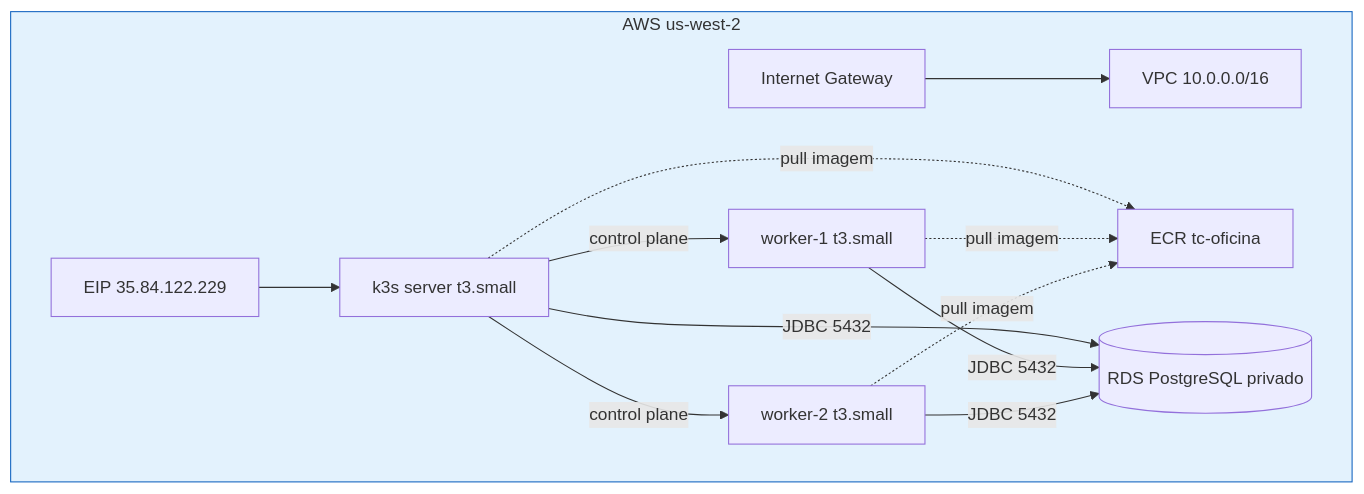
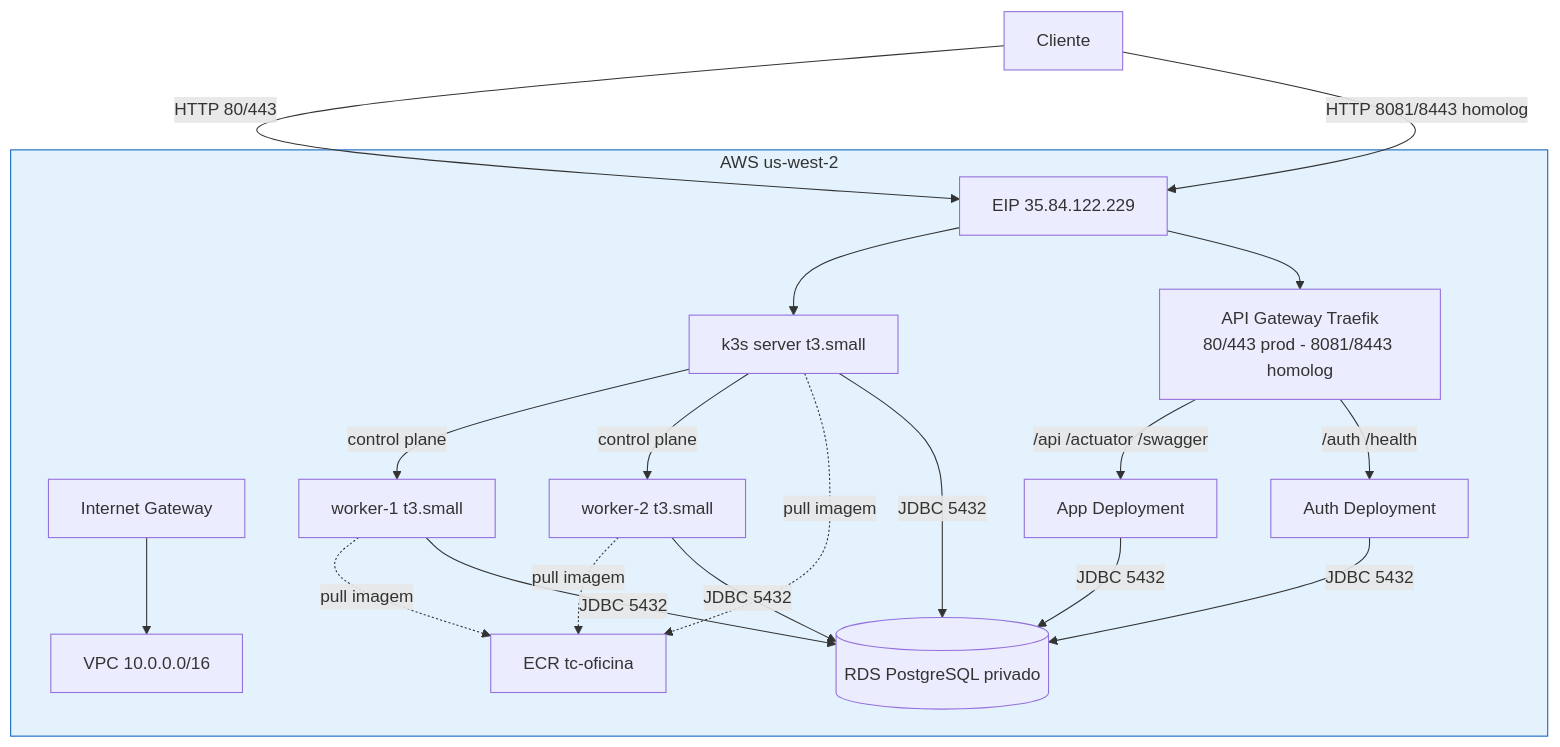
Before and after one commit to rtmaraujo/tc-oficina-infra-k8s: the diagram in README.md, drawn with Mermaid. The commit also changed other lines of this file and 8 other files, not shown here.

First line of the commit message:
feat(gateway): API Gateway Traefik como ponto unico de entrada

````diff
--- a/README.md
+++ b/README.md
@@ -68,26 +84,36 @@
 ```mermaid
 flowchart TB
   subgraph AWS[AWS us-west-2]
     VPC[VPC 10.0.0.0/16]
     IGW[Internet Gateway]
     EIP[EIP 35.84.122.229]
     SRV[k3s server t3.small]
     W1[worker-1 t3.small]
     W2[worker-2 t3.small]
     ECR[ECR tc-oficina]
     RDS[(RDS PostgreSQL privado)]
+    TRAEFIK[API Gateway Traefik<br/>80/443 prod - 8081/8443 homolog]
+    APP[App Deployment]
+    AUTH[Auth Deployment]
   end
 
   IGW --> VPC
   SRV -->|control plane| W1
   SRV -->|control plane| W2
   EIP --> SRV
   SRV -.pull imagem.-> ECR
   W1 -.pull imagem.-> ECR
   W2 -.pull imagem.-> ECR
+  CLIENTE[Cliente] -->|HTTP 80/443| EIP
+  CLIENTE -->|HTTP 8081/8443 homolog| EIP
+  EIP --> TRAEFIK
+  TRAEFIK -->|/api /actuator /swagger| APP
+  TRAEFIK -->|/auth /health| AUTH
+  APP -->|JDBC 5432| RDS
+  AUTH -->|JDBC 5432| RDS
   SRV -->|JDBC 5432| RDS
   W1 -->|JDBC 5432| RDS
   W2 -->|JDBC 5432| RDS
 
   style AWS fill:#e3f2fd,stroke:#1565c0
 ```
````
